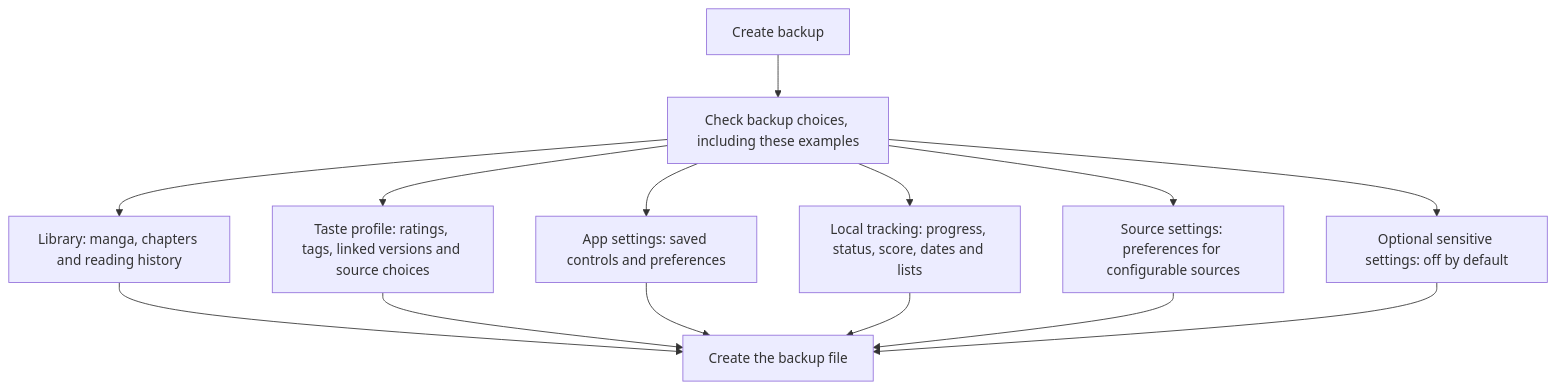
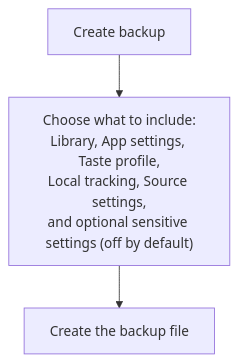
The first of 4 diagrams in docs/kmk/feature-guides/backups.md (FancyCorey/komikku-fc), drawn with Mermaid before and after one commit. The commit also changed other lines of this file and 93 other files, not shown here.

````diff
--- a/docs/kmk/feature-guides/backups.md
+++ b/docs/kmk/feature-guides/backups.md
@@ -37,16 +40,5 @@
 ```mermaid
 flowchart TD
-    Start["Create backup"] --> Options["Check backup choices, including these examples"]
-    Options --> Core["Library: manga, chapters and reading history"]
-    Options --> Settings["App settings: saved controls and preferences"]
-    Options --> Taste["Taste profile: ratings, tags, linked versions and source choices"]
-    Options --> Local["Local tracking: progress, status, score, dates and lists"]
-    Options --> Source["Source settings: preferences for configurable sources"]
-    Options --> Sensitive["Optional sensitive settings: off by default"]
-    Core --> Encode["Create the backup file"]
-    Taste --> Encode
-    Settings --> Encode
-    Local --> Encode
-    Source --> Encode
-    Sensitive --> Encode
+    Start["Create backup"] --> Options["Choose what to include:<br/>Library, App settings, Taste profile,<br/>Local tracking, Source settings,<br/>and optional sensitive settings (off by default)"]
+    Options --> Encode["Create the backup file"]
 ```
````
